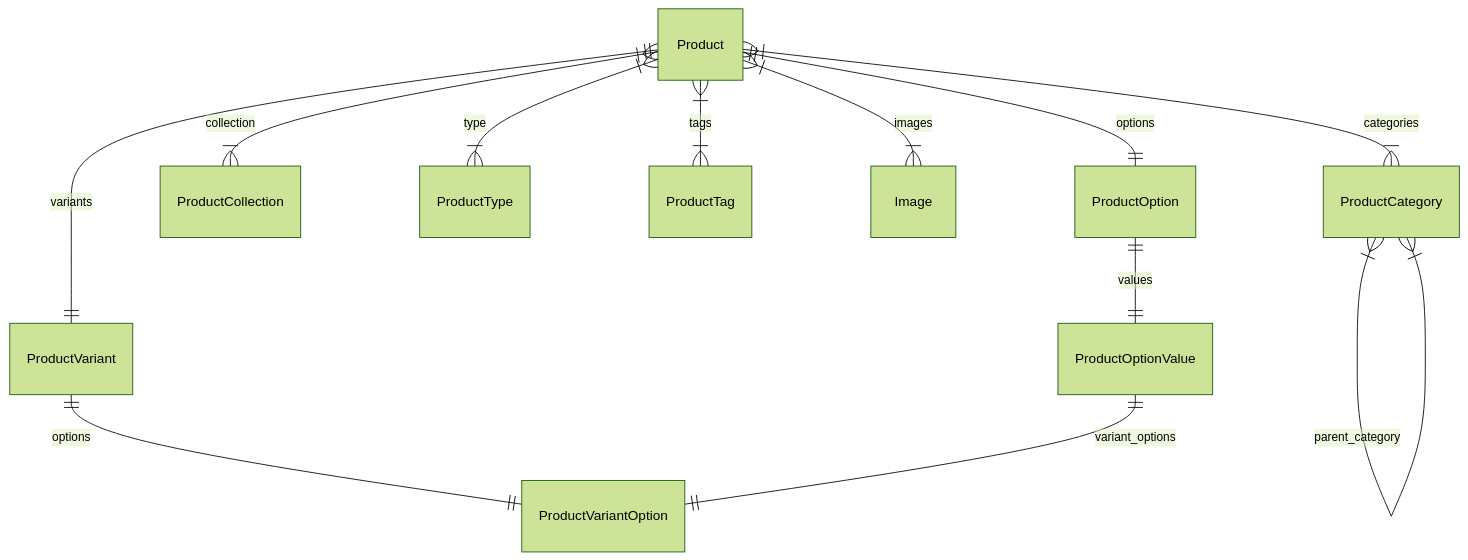
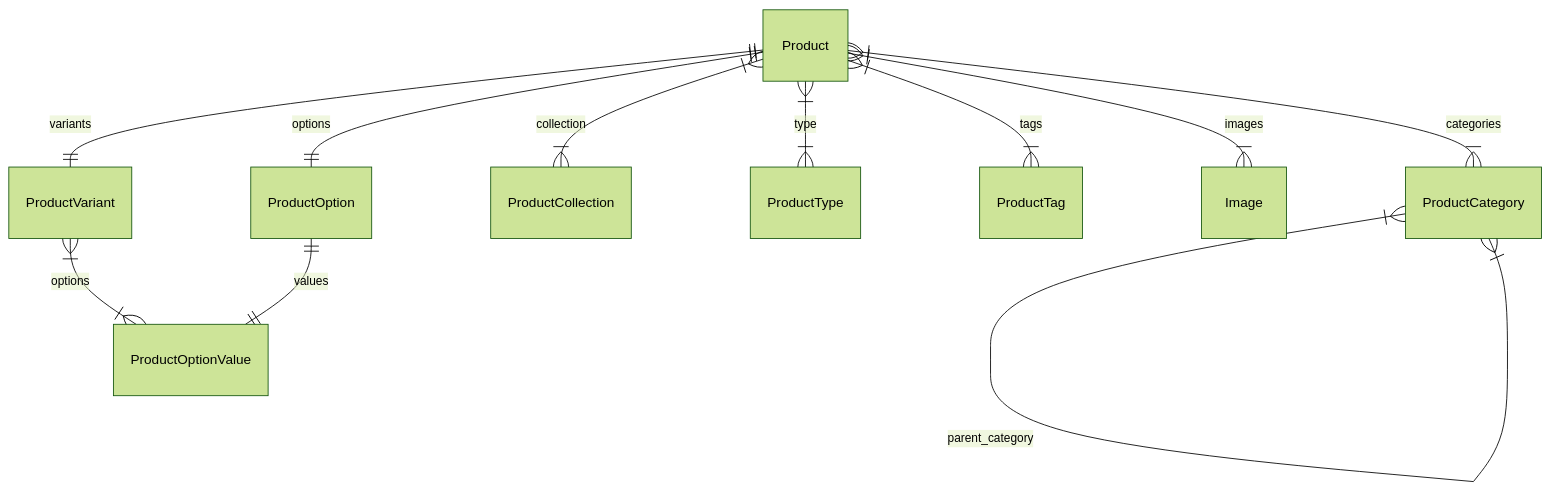
One commit to medusajs/medusa changed the diagram in www/apps/docs/content/references/modules/product_models.mdx. Above: the diagram before and after it, drawn with Mermaid (forest theme). The commit also changed other lines of this file and 177 other files, not shown here.

````diff
--- a/www/apps/docs/content/references/modules/product_models.mdx
+++ b/www/apps/docs/content/references/modules/product_models.mdx
@@ -14,15 +14,14 @@
 ```mermaid
 erDiagram
 	Product ||--|| ProductOption : options
 	Product ||--|| ProductVariant : variants
 	Product }|--|{ ProductCollection : collection
 	Product }|--|{ ProductType : type
 	Product }|--|{ ProductTag : tags
 	Product }|--|{ Image : images
 	Product }|--|{ ProductCategory : categories
 	ProductCategory }|--|{ ProductCategory : parent_category
-	ProductVariant ||--|| ProductVariantOption : options
+	ProductVariant }|--|{ ProductOptionValue : options
 	ProductOption ||--|| ProductOptionValue : values
-	ProductOptionValue ||--|| ProductVariantOption : variant_options
 
 ```
````
